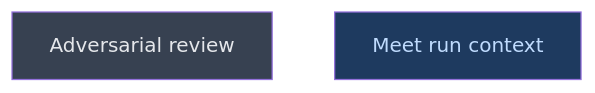
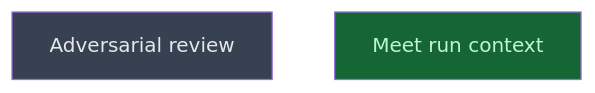
Before and after one commit to CrackingShells/Candler: the diagram in __roadmap__/m6_5-agent-config/installed/proved/reviewed/README.md, drawn with Mermaid. The commit also changed other lines of this file and 8 other files, not shown here.

First line of the commit message:
reports(api): close M6.5 level 3 and record the run-context meeting

````diff
--- a/__roadmap__/m6_5-agent-config/installed/proved/reviewed/README.md
+++ b/__roadmap__/m6_5-agent-config/installed/proved/reviewed/README.md
@@ -16,10 +16,10 @@
 ```mermaid
 graph TD
     adversarial_review[Adversarial review]:::planned
-    meet_run_context[Meet run context]:::amendment
+    meet_run_context[Meet run context]:::done
     classDef done       fill:#166534,color:#bbf7d0
     classDef inprogress fill:#854d0e,color:#fef08a
     classDef planned    fill:#374151,color:#e5e7eb
     classDef amendment  fill:#1e3a5f,color:#bfdbfe
     classDef blocked    fill:#7f1d1d,color:#fecaca
 ```
````
